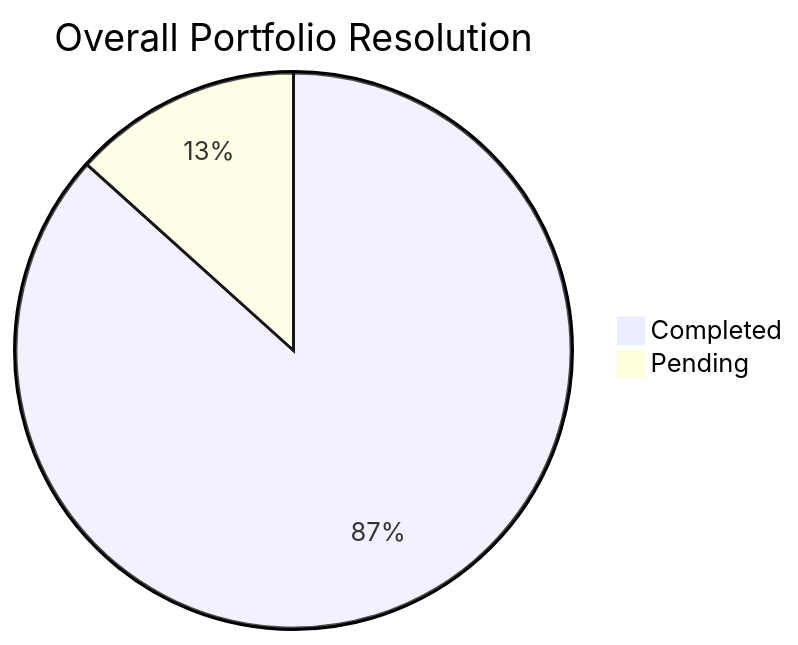
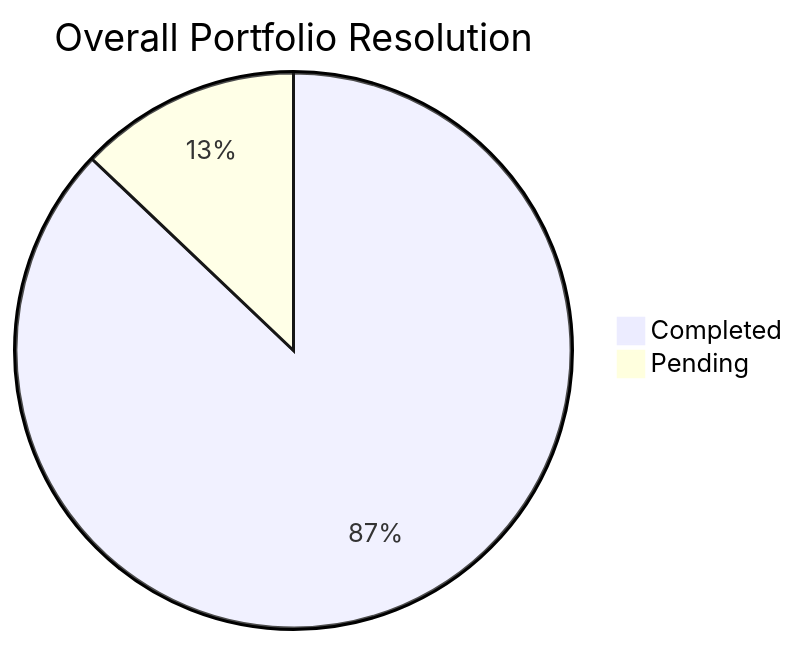
The diagram in Global_Summary.md (sagarms97/MyWorkDairy), drawn with Mermaid before and after one commit. The commit also changed other lines of this file and 6 other files, not shown here.

````diff
--- a/Global_Summary.md
+++ b/Global_Summary.md
@@ -12,5 +12,5 @@
 ```mermaid
 pie title Overall Portfolio Resolution
-    "Completed" : 78
+    "Completed" : 81
     "Pending" : 12
 ```
````
